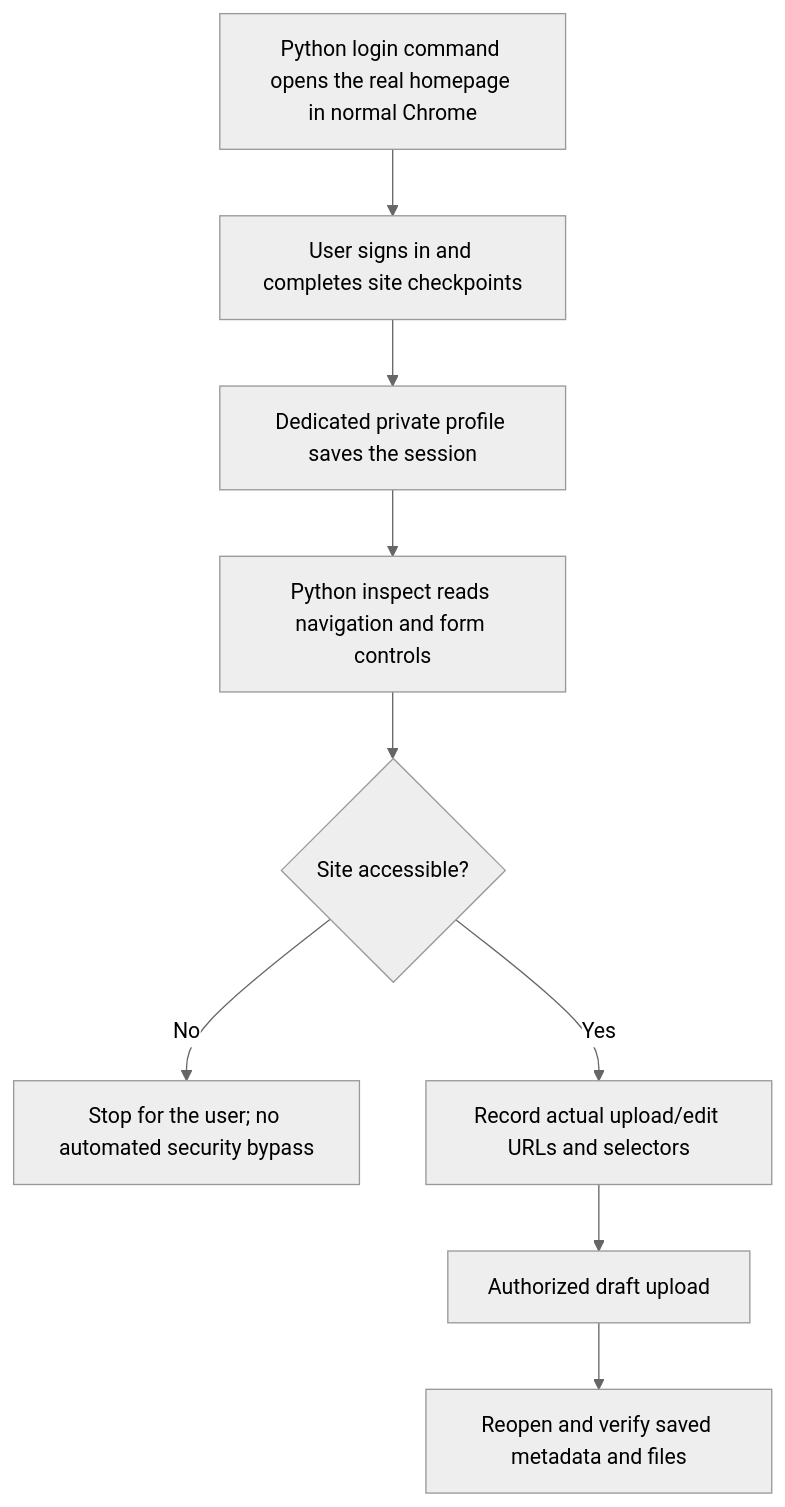
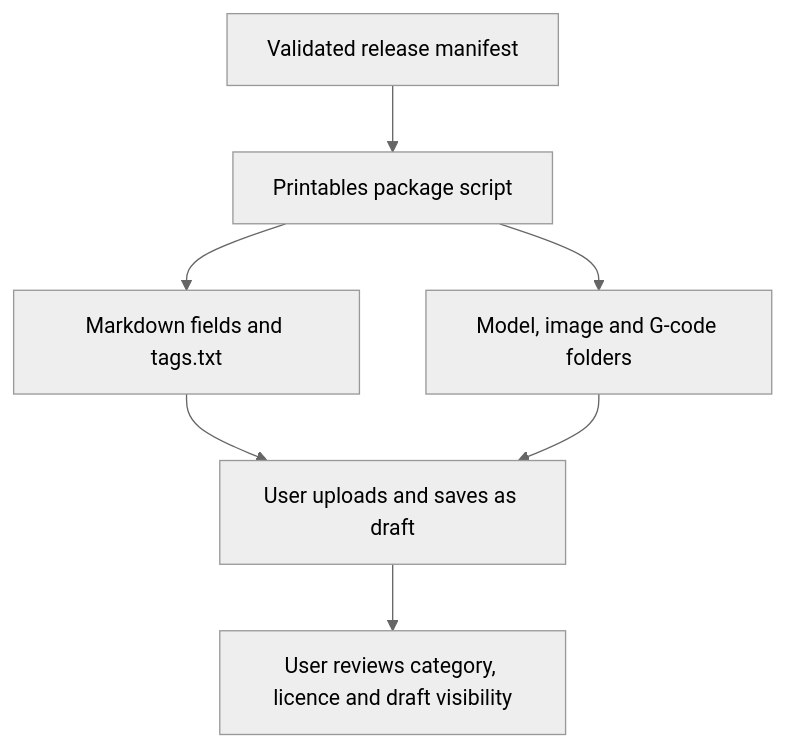
Before and after one commit to ScottGibb/CAD-Publishing-Skills: the second of 4 diagrams in README.md, drawn with Mermaid (neutral theme). The commit also changed other lines of this file and 10 other files, not shown here.

Commit message:
feat(printables): prepare manual upload package

````diff
--- a/README.md
+++ b/README.md
@@ -77,11 +77,9 @@
 ```mermaid
 flowchart TD
-    Login["Python login command opens the real homepage in normal Chrome"] --> User["User signs in and completes site checkpoints"]
-    User --> Session["Dedicated private profile saves the session"]
-    Session --> Inspect["Python inspect reads navigation and form controls"]
-    Inspect --> Ready{"Site accessible?"}
-    Ready -- No --> Pause["Stop for the user; no automated security bypass"]
-    Ready -- Yes --> Map["Record actual upload/edit URLs and selectors"]
-    Map --> Draft["Authorized draft upload"]
-    Draft --> Verify["Reopen and verify saved metadata and files"]
+    Manifest["Validated release manifest"] --> Package["Printables package script"]
+    Package --> Copy["Markdown fields and tags.txt"]
+    Package --> Folders["Model, image and G-code folders"]
+    Copy --> User["User uploads and saves as draft"]
+    Folders --> User
+    User --> Review["User reviews category, licence and draft visibility"]
 ```
````
